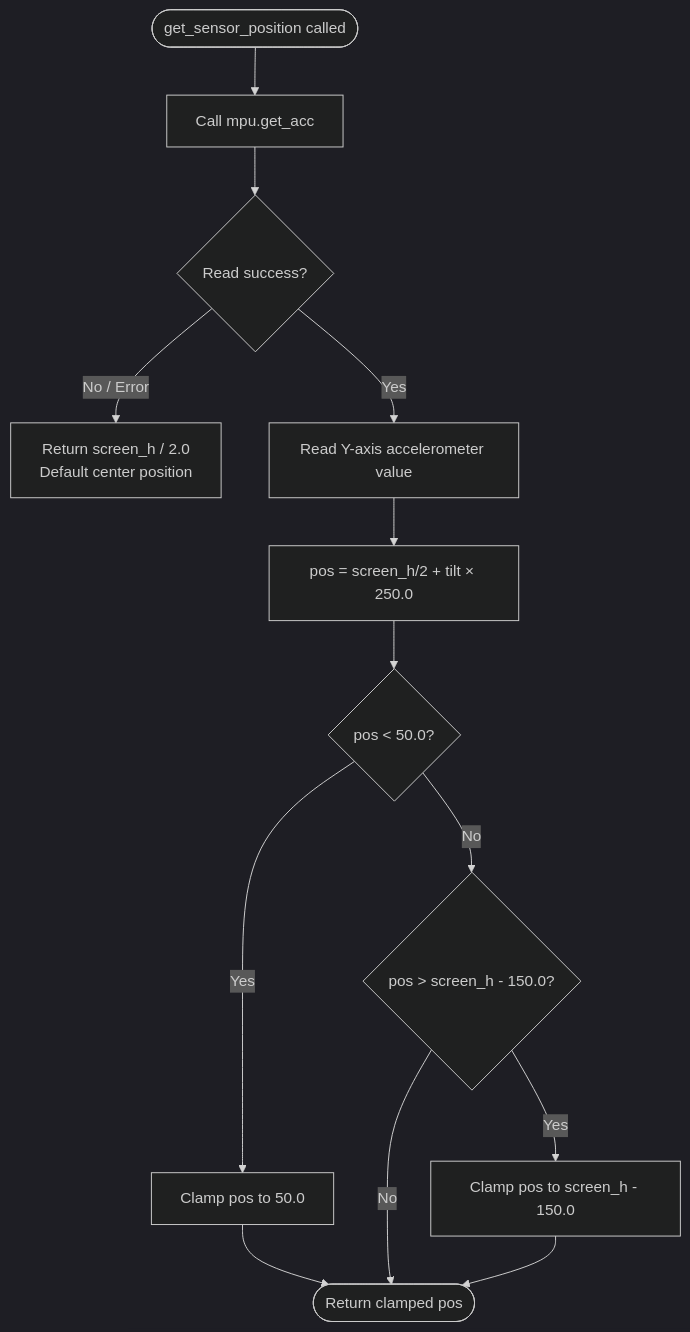
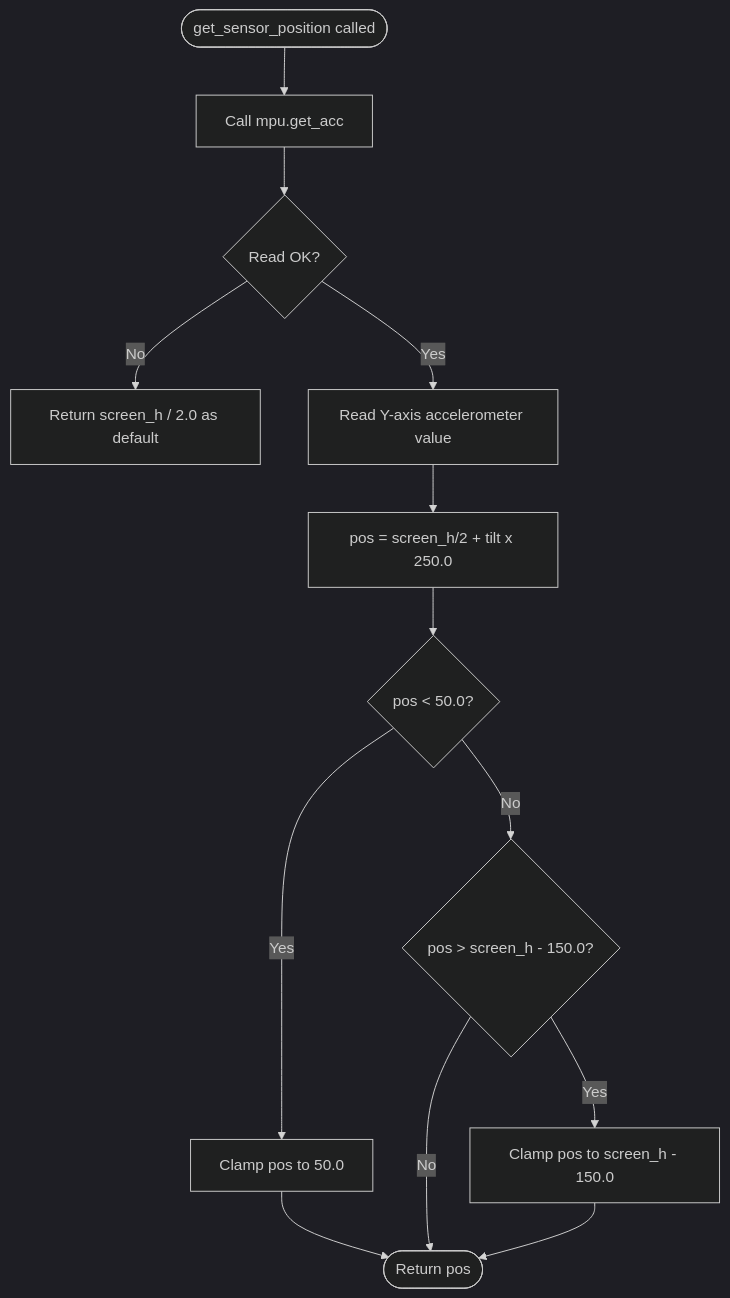
One commit to viraj-pradhan/SKILLLAB_PROR-2026-AirPaddle changed the third of 3 diagrams in README.md. Above: the diagram before and after it, drawn with Mermaid (dark theme). The commit also changed other lines of this file, not shown here.

````diff
--- a/README.md
+++ b/README.md
@@ -147,15 +298,15 @@
 ```mermaid
 flowchart TD
     A([get_sensor_position called]) --> B[Call mpu.get_acc]
-    B --> C{Read success?}
-    C -- No / Error --> D[Return screen_h / 2.0\nDefault center position]
+    B --> C{Read OK?}
+    C -- No --> D[Return screen_h / 2.0 as default]
     C -- Yes --> E[Read Y-axis accelerometer value]
-    E --> F[pos = screen_h/2 + tilt × 250.0]
+    E --> F[pos = screen_h/2 + tilt x 250.0]
     F --> G{pos < 50.0?}
     G -- Yes --> H[Clamp pos to 50.0]
     G -- No --> I{pos > screen_h - 150.0?}
-    H --> J([Return clamped pos])
+    H --> J([Return pos])
     I -- Yes --> K[Clamp pos to screen_h - 150.0]
     I -- No --> J
     K --> J
 ```
````
